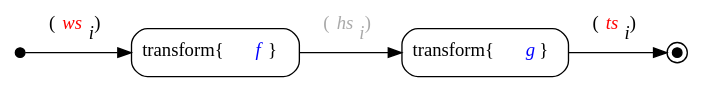
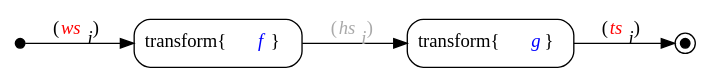
One commit to Framework-R-D/phlex-design changed the diagram in doc/graphviz/functional-programming-data-flow-hof.gv. Above: the diagram before and after it, drawn with Graphviz. The commit also changed 5 other files, not shown here.

Commit message:
Flesh out data-flow section

```diff
--- a/doc/graphviz/functional-programming-data-flow-hof.gv
+++ b/doc/graphviz/functional-programming-data-flow-hof.gv
@@ -1,12 +1,19 @@
 digraph {
   rankdir=LR
   node [shape="box", style="rounded"]
 
   start [shape="point", width=0.1]
   end [shape="point", width=0.1, peripheries=2]
   f [label=<transform{ <i><font color="blue">f</font></i>  }>];
   g [label=<transform{ <i><font color="blue">g</font></i> }>];
-  start -> f [label=< (<i><font color="red">ws</font><sub>i</sub></i> )<br/> >]
-  f -> g [label=<<font color="darkgray"> (<i>hs<sub>i</sub></i> )<br/> </font>>]
-  g -> end [label=< (<i><font color="red">ts</font><sub>i</sub></i> )<br/> >]
+
+  start -> f [label=<<table cellpadding="1" border="0" cellborder="0">
+                       <tr><td>(<i><font color="red">ws</font><sub>i</sub></i> )</td></tr>
+                      </table>>]
+  f -> g [label=<<table cellpadding="1" border="0" cellborder="0">
+                   <tr><td><font color="darkgray">(<i>hs<sub>i</sub></i> )</font></td></tr>
+                  </table>>]
+  g -> end [label=<<table cellpadding="1" border="0" cellborder="0">
+                     <tr><td>(<i><font color="red">ts</font><sub>i</sub></i> )</td></tr>
+                    </table>>]
 }
```
